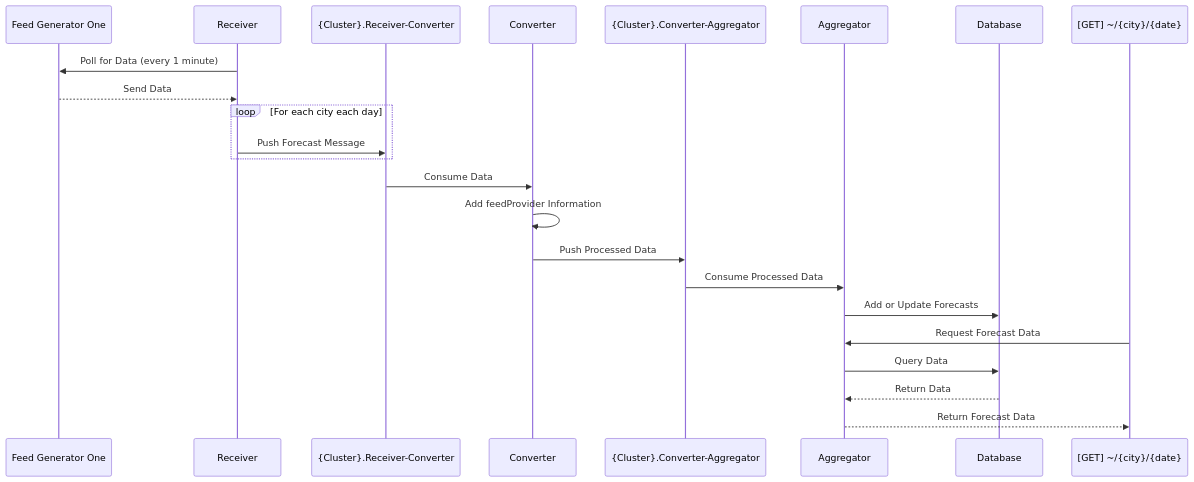
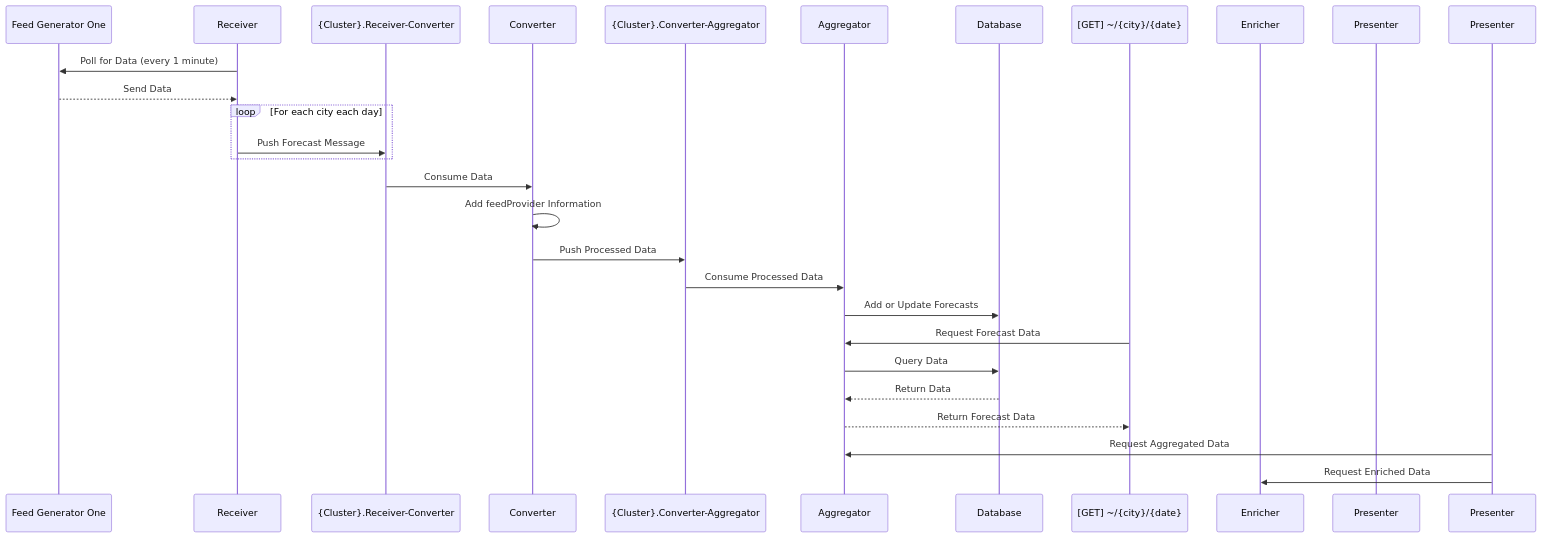
One commit to mak100186/mircroservices.observability changed the second of 3 diagrams in README.md. Above: the diagram before and after it, drawn with Mermaid. The commit also changed other lines of this file and 24 other files, not shown here.

````diff
--- a/README.md
+++ b/README.md
@@ -39,26 +80,31 @@
 ```mermaid
 sequenceDiagram
     participant Feed.Generator.One as Feed Generator One
     participant Microservice.One.Receiver as Receiver
     participant One.Receiver-Converter as {Cluster}.Receiver-Converter
     participant Microservice.One.Converter as Converter
     participant One.Converter-Aggregator as {Cluster}.Converter-Aggregator
     participant Microservice.Aggregation as Aggregator
     participant Aggregation.Persistence as Database
     participant Endpoint as [GET] ~/{city}/{date}
+    participant Microservice.Enrichment as Enricher
+    participant Microservice.Presenter as Presenter
 
     Microservice.One.Receiver ->> Feed.Generator.One: Poll for Data (every 1 minute)
     Feed.Generator.One -->> Microservice.One.Receiver: Send Data
     loop For each city each day
         Microservice.One.Receiver ->> One.Receiver-Converter: Push Forecast Message
     end
     One.Receiver-Converter ->> Microservice.One.Converter: Consume Data
     Microservice.One.Converter ->> Microservice.One.Converter: Add feedProvider Information
     Microservice.One.Converter ->> One.Converter-Aggregator: Push Processed Data
     One.Converter-Aggregator ->> Microservice.Aggregation: Consume Processed Data
     Microservice.Aggregation ->> Aggregation.Persistence: Add or Update Forecasts
     Endpoint ->> Microservice.Aggregation: Request Forecast Data
     Microservice.Aggregation ->> Aggregation.Persistence: Query Data
     Aggregation.Persistence -->> Microservice.Aggregation: Return Data
     Microservice.Aggregation -->> Endpoint: Return Forecast Data
+    Presenter ->> Microservice.Aggregation: Request Aggregated Data
+    Presenter ->> Microservice.Enrichment: Request Enriched Data
+
 ```
````
